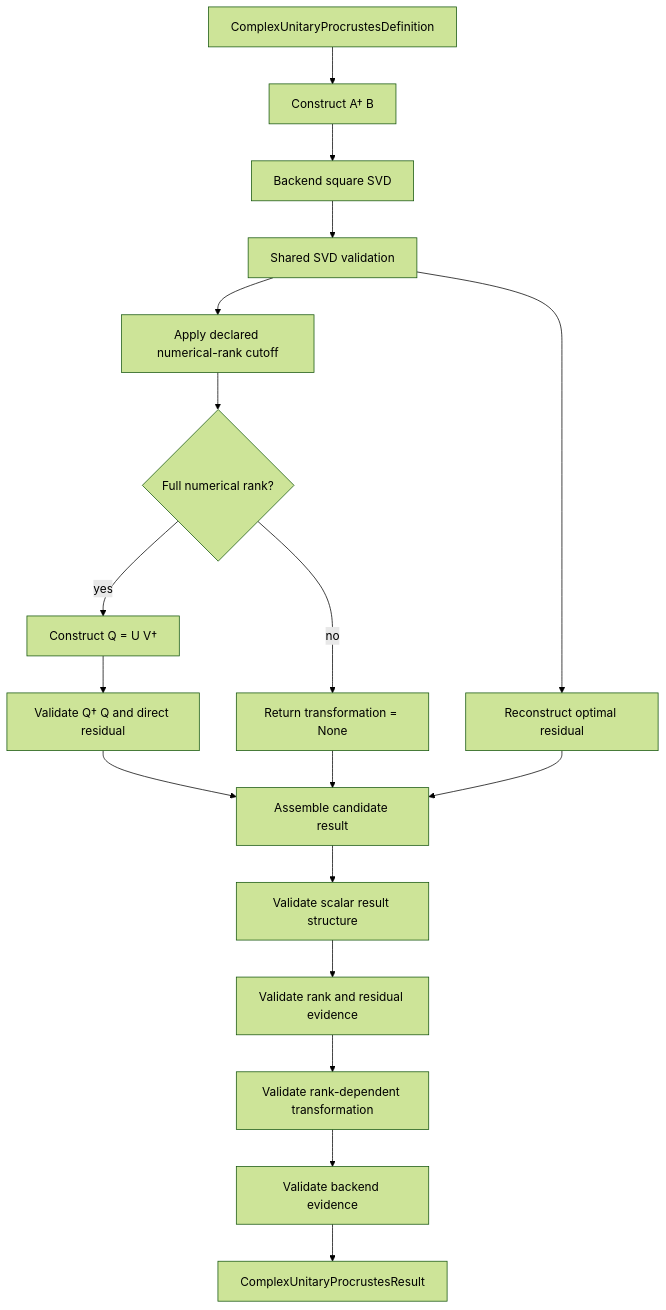
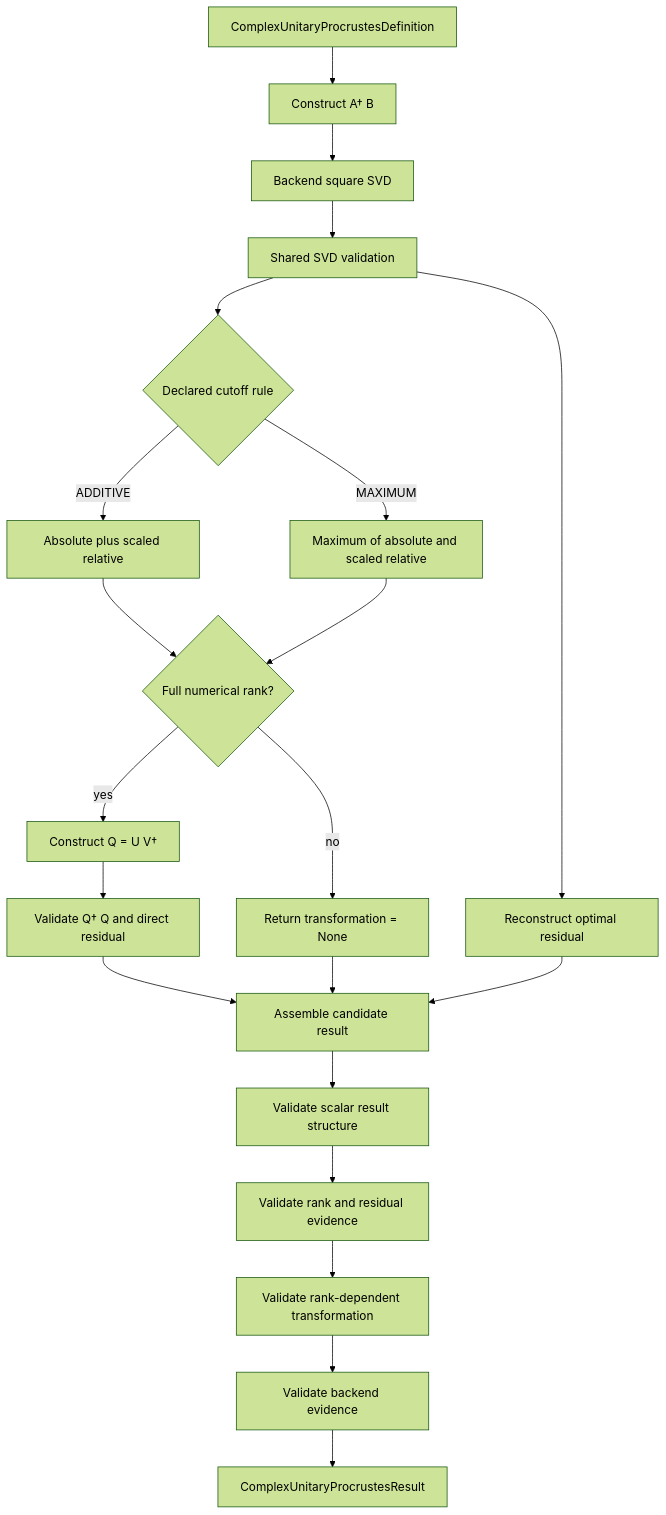
The diagram in docs/architecture/projectkoios/optimization/alignment/procrustes/schematics.md (eragasa/projectkoios-optimization), drawn with Mermaid (forest theme) before and after one commit. The commit also changed 42 other files, not shown here.

````diff
--- a/docs/architecture/projectkoios/optimization/alignment/procrustes/schematics.md
+++ b/docs/architecture/projectkoios/optimization/alignment/procrustes/schematics.md
@@ -3,20 +3,23 @@
 ```mermaid
 flowchart TD
     D[ComplexUnitaryProcrustesDefinition] --> C[Construct A† B]
     C --> S[Backend square SVD]
     S --> V[Shared SVD validation]
-    V --> K[Apply declared numerical-rank cutoff]
-    K --> F{Full numerical rank?}
+    V --> K{Declared cutoff rule}
+    K -->|ADDITIVE| KA[Absolute plus scaled relative]
+    K -->|MAXIMUM| KM[Maximum of absolute and scaled relative]
+    KA --> F{Full numerical rank?}
+    KM --> F
     F -->|yes| Q[Construct Q = U V†]
     Q --> U[Validate Q† Q and direct residual]
     F -->|no| N[Return transformation = None]
     V --> O[Reconstruct optimal residual]
     U --> A[Assemble candidate result]
     N --> A
     O --> A
     A --> RS[Validate scalar result structure]
     RS --> RR[Validate rank and residual evidence]
     RR --> RT[Validate rank-dependent transformation]
     RT --> RB[Validate backend evidence]
     RB --> R[ComplexUnitaryProcrustesResult]
 ```
````
